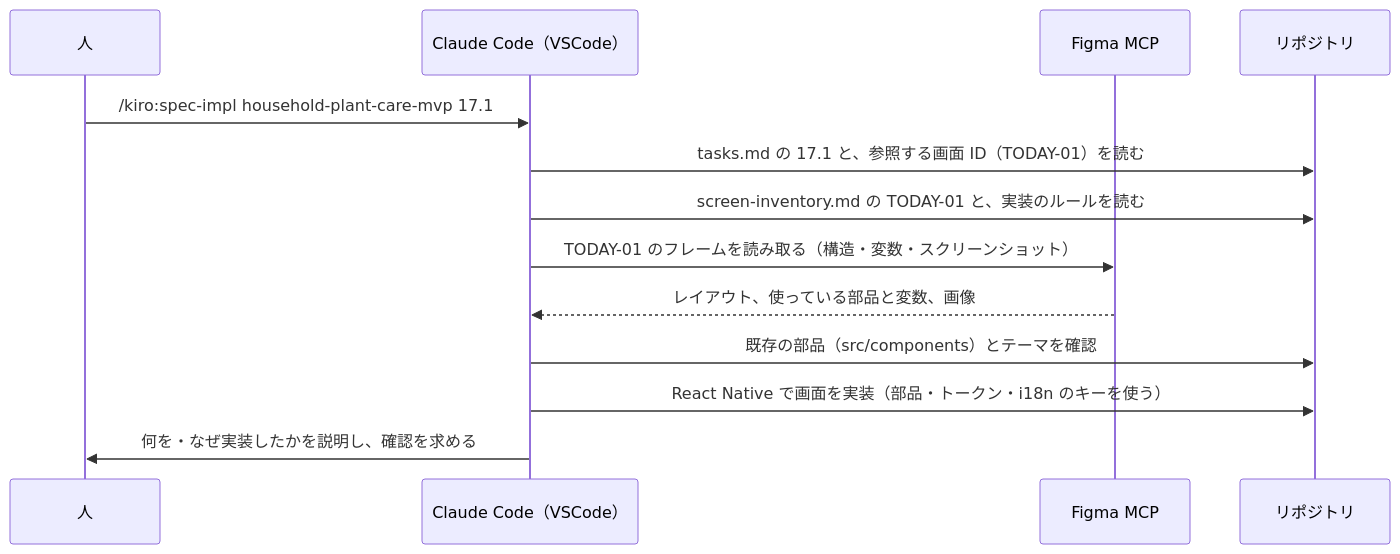
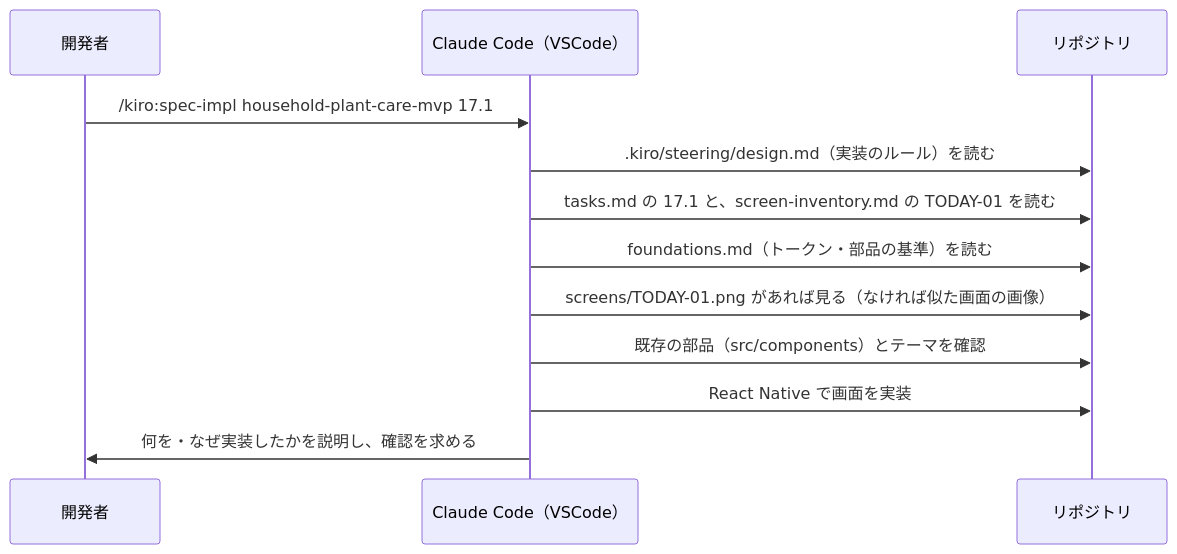
Before and after one commit to ch00z00/uchinokusa: the fifth of 7 diagrams in docs/design/design-to-implementation.md, drawn with Mermaid. The commit also changed other lines of this file and 6 other files, not shown here.

First line of the commit message:
docs(design): デザインの土台（foundations）と ADR 0002・0003 を追加

````diff
--- a/docs/design/design-to-implementation.md
+++ b/docs/design/design-to-implementation.md
@@ -189,16 +190,15 @@
 ```mermaid
 sequenceDiagram
-    participant U as 人
+    participant U as 開発者
     participant V as Claude Code（VSCode）
-    participant F as Figma MCP
     participant R as リポジトリ
 
     U->>V: /kiro:spec-impl household-plant-care-mvp 17.1
-    V->>R: tasks.md の 17.1 と、参照する画面 ID（TODAY-01）を読む
-    V->>R: screen-inventory.md の TODAY-01 と、実装のルールを読む
-    V->>F: TODAY-01 のフレームを読み取る（構造・変数・スクリーンショット）
-    F-->>V: レイアウト、使っている部品と変数、画像
+    V->>R: .kiro/steering/design.md（実装のルール）を読む
+    V->>R: tasks.md の 17.1 と、screen-inventory.md の TODAY-01 を読む
+    V->>R: foundations.md（トークン・部品の基準）を読む
+    V->>R: screens/TODAY-01.png があれば見る（なければ似た画面の画像）
     V->>R: 既存の部品（src/components）とテーマを確認
-    V->>R: React Native で画面を実装（部品・トークン・i18n のキーを使う）
+    V->>R: React Native で画面を実装
     V->>U: 何を・なぜ実装したかを説明し、確認を求める
 ```
````
